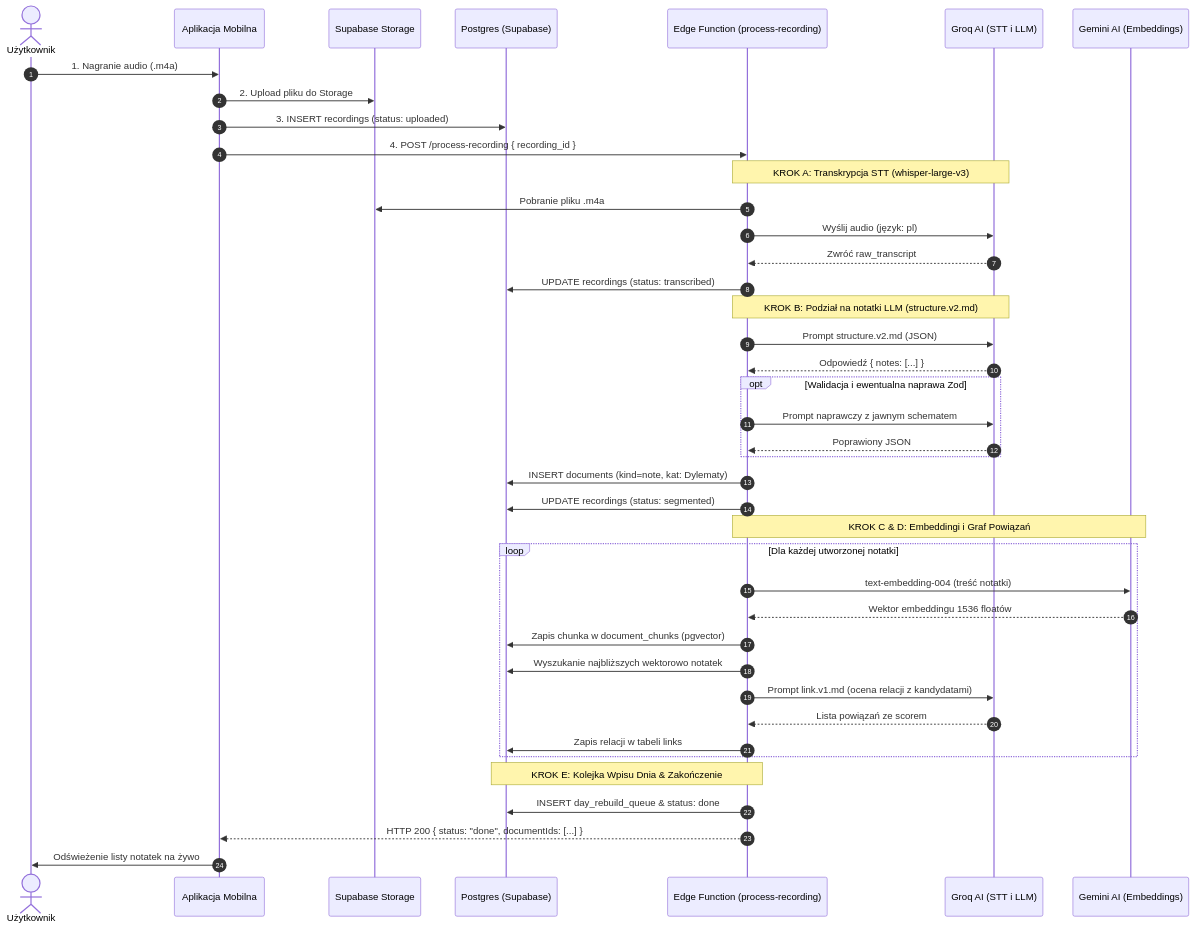
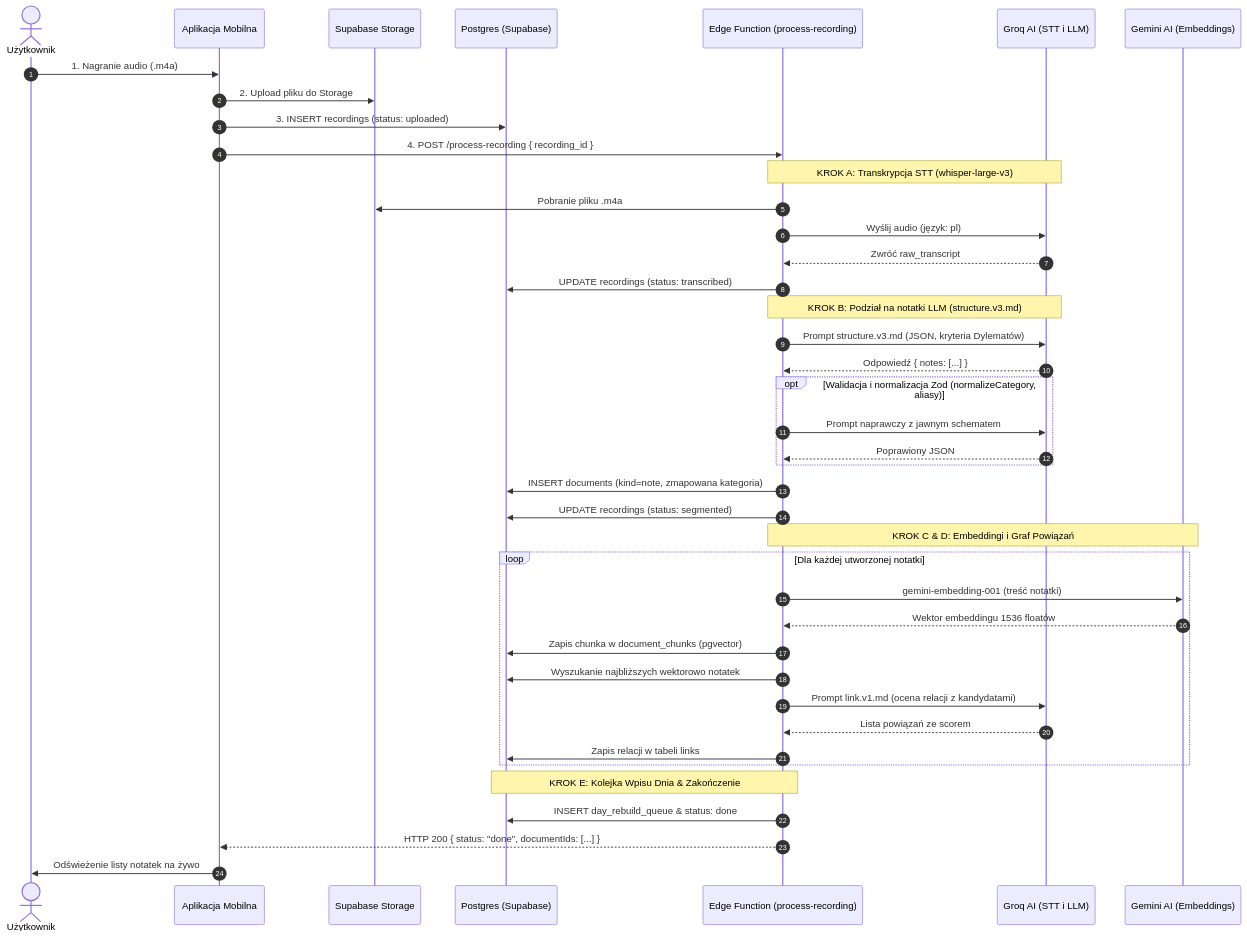
The second of 2 diagrams in docs/10-procesowanie-notatek-i-prompty.md (aiprojectmanagersznurowski-afk/diary_app), drawn with Mermaid before and after one commit. The commit also changed other lines of this file, not shown here.

````diff
--- a/docs/10-procesowanie-notatek-i-prompty.md
+++ b/docs/10-procesowanie-notatek-i-prompty.md
@@ -78,48 +85,48 @@
 ```mermaid
 sequenceDiagram
     autonumber
     actor U as Użytkownik
     participant App as Aplikacja Mobilna
     participant Storage as Supabase Storage
     participant DB as Postgres (Supabase)
     participant EF as Edge Function (process-recording)
     participant Groq as Groq AI (STT i LLM)
     participant Gem as Gemini AI (Embeddings)
 
     U->>App: 1. Nagranie audio (.m4a)
     App->>Storage: 2. Upload pliku do Storage
     App->>DB: 3. INSERT recordings (status: uploaded)
     App->>EF: 4. POST /process-recording { recording_id }
 
     Note over EF,Groq: KROK A: Transkrypcja STT (whisper-large-v3)
     EF->>Storage: Pobranie pliku .m4a
     EF->>Groq: Wyślij audio (język: pl)
     Groq-->>EF: Zwróć raw_transcript
     EF->>DB: UPDATE recordings (status: transcribed)
 
-    Note over EF,Groq: KROK B: Podział na notatki LLM (structure.v2.md)
-    EF->>Groq: Prompt structure.v2.md (JSON)
+    Note over EF,Groq: KROK B: Podział na notatki LLM (structure.v3.md)
+    EF->>Groq: Prompt structure.v3.md (JSON, kryteria Dylematów)
     Groq-->>EF: Odpowiedź { notes: [...] }
-    opt Walidacja i ewentualna naprawa Zod
+    opt Walidacja i normalizacja Zod (normalizeCategory, aliasy)
         EF->>Groq: Prompt naprawczy z jawnym schematem
         Groq-->>EF: Poprawiony JSON
     end
-    EF->>DB: INSERT documents (kind=note, kat: Dylematy)
+    EF->>DB: INSERT documents (kind=note, zmapowana kategoria)
     EF->>DB: UPDATE recordings (status: segmented)
 
     Note over EF,Gem: KROK C & D: Embeddingi i Graf Powiązań
     loop Dla każdej utworzonej notatki
-        EF->>Gem: text-embedding-004 (treść notatki)
+        EF->>Gem: gemini-embedding-001 (treść notatki)
         Gem-->>EF: Wektor embeddingu 1536 floatów
         EF->>DB: Zapis chunka w document_chunks (pgvector)
         EF->>DB: Wyszukanie najbliższych wektorowo notatek
         EF->>Groq: Prompt link.v1.md (ocena relacji z kandydatami)
         Groq-->>EF: Lista powiązań ze scorem
         EF->>DB: Zapis relacji w tabeli links
     end
 
     Note over EF,DB: KROK E: Kolejka Wpisu Dnia & Zakończenie
     EF->>DB: INSERT day_rebuild_queue & status: done
     EF-->>App: HTTP 200 { status: "done", documentIds: [...] }
     App->>U: Odświeżenie listy notatek na żywo
 ```
````
